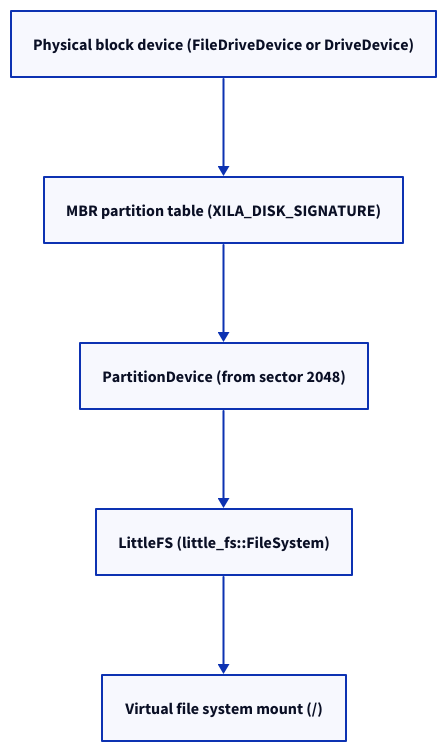
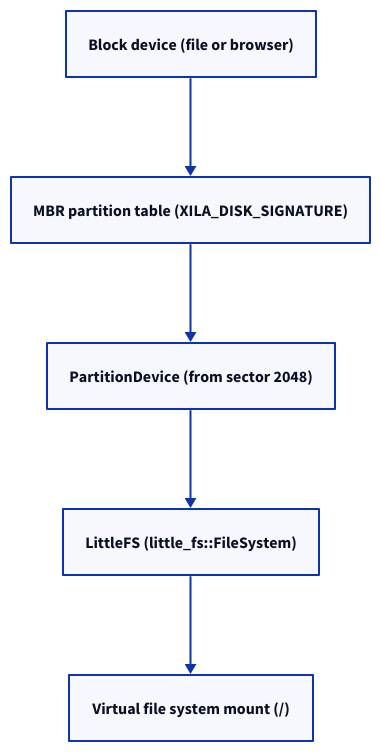
One commit to xila-project/website changed the diagram in src/content/docs/explanation/architecture/libraries/file_system.mdx. Above: the diagram before and after it, drawn with D2. The commit also changed 6 other files, not shown here.

First line of the commit message:
docs(diagrams): fix review findings on the library diagrams

````diff
--- a/src/content/docs/explanation/architecture/libraries/file_system.mdx
+++ b/src/content/docs/explanation/architecture/libraries/file_system.mdx
@@ -87,11 +87,11 @@
 ```d2 title="Block device stack from the physical media to the virtual file system root"
 direction: down
 
-physical: Physical block device (FileDriveDevice or DriveDevice) { class: hardware }
+physical: Block device (file or browser) { class: component }
 mbr: MBR partition table (XILA_DISK_SIGNATURE) { class: stored }
 partition: PartitionDevice (from sector 2048) { class: component }
 littlefs: "LittleFS (little_fs::FileSystem)" { class: stored }
 vfs: Virtual file system mount (/) { class: focus }
 
 physical -> mbr -> partition -> littlefs -> vfs
 ```
````
